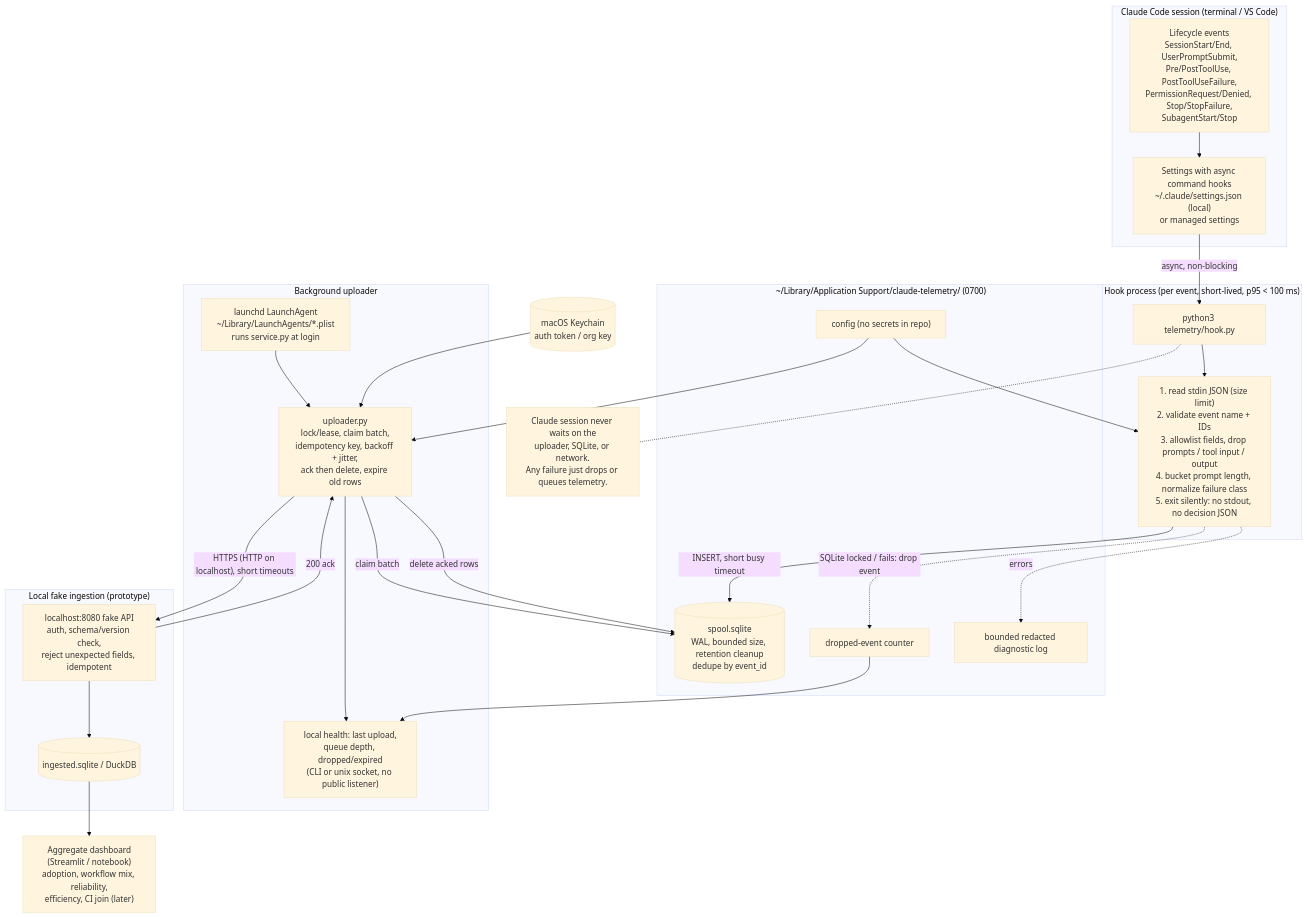
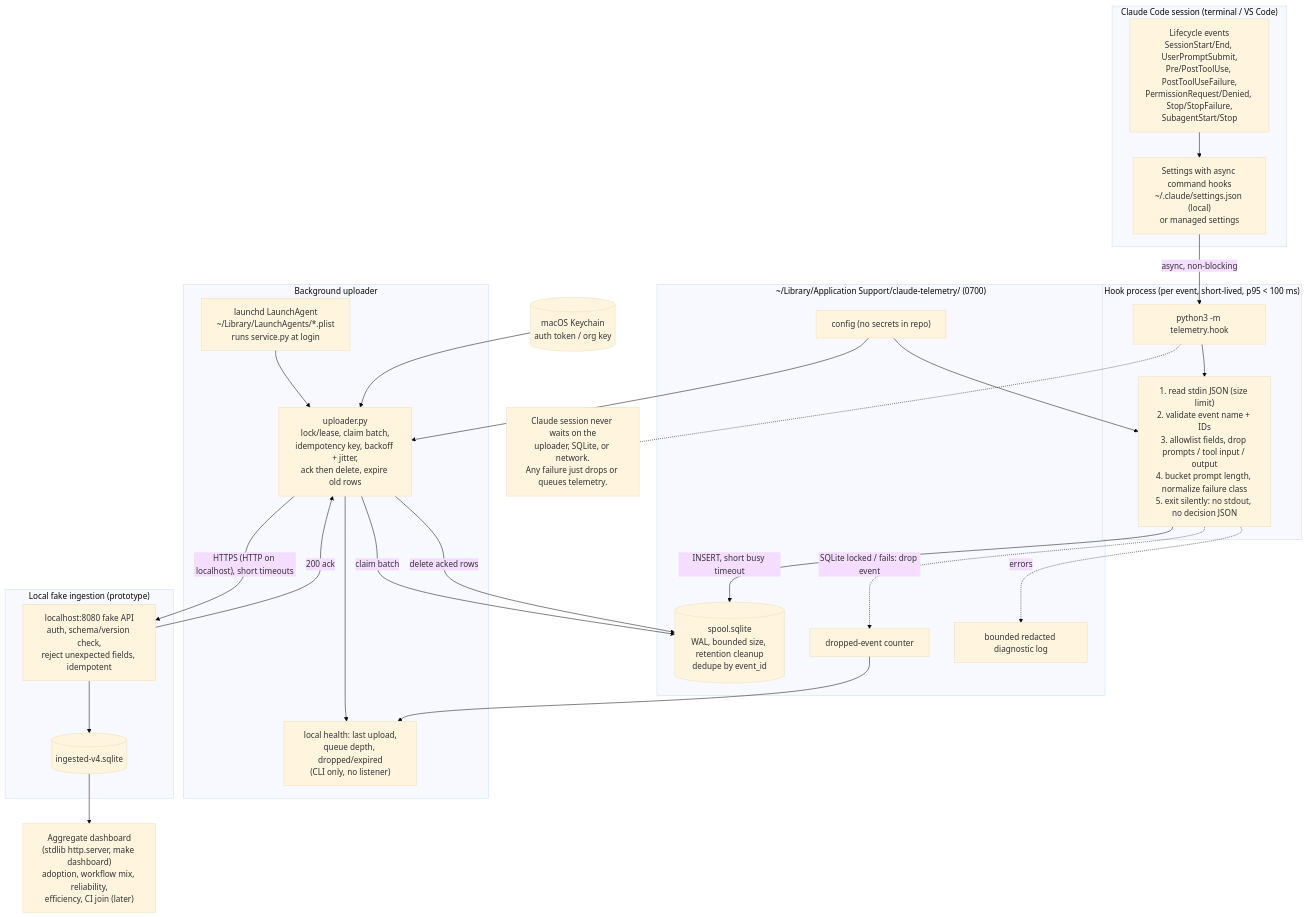
The first of 2 diagrams in local-architecture.md (ojones/gundam-ai), drawn with Mermaid (base theme) before and after one commit. The commit also changed other lines of this file and 17 other files, not shown here.

First line of the commit message:
Add local dashboard and skill-name telemetry

````diff
--- a/local-architecture.md
+++ b/local-architecture.md
@@ -3,54 +3,54 @@
 ```mermaid
 flowchart TB
     subgraph CC["Claude Code session (terminal / VS Code)"]
         EV["Lifecycle events<br/>SessionStart/End, UserPromptSubmit,<br/>Pre/PostToolUse, PostToolUseFailure,<br/>PermissionRequest/Denied, Stop/StopFailure,<br/>SubagentStart/Stop"]
         SET["Settings with async command hooks<br/>~/.claude/settings.json (local)<br/>or managed settings"]
     end
 
     subgraph HOOK["Hook process (per event, short-lived, p95 &lt; 100 ms)"]
-        H1["python3 telemetry/hook.py"]
+        H1["python3 -m telemetry.hook"]
         H2["1. read stdin JSON (size limit)<br/>2. validate event name + IDs<br/>3. allowlist fields, drop prompts / tool input / output<br/>4. bucket prompt length, normalize failure class<br/>5. exit silently: no stdout, no decision JSON"]
     end
 
     subgraph DATA["~/Library/Application Support/claude-telemetry/ (0700)"]
         DB[("spool.sqlite<br/>WAL, bounded size, retention cleanup<br/>dedupe by event_id")]
         DROP["dropped-event counter"]
         LOG["bounded redacted diagnostic log"]
         CFG["config (no secrets in repo)"]
     end
 
     subgraph SVC["Background uploader"]
         LA["launchd LaunchAgent<br/>~/Library/LaunchAgents/*.plist<br/>runs service.py at login"]
         UP["uploader.py<br/>lock/lease, claim batch,<br/>idempotency key, backoff + jitter,<br/>ack then delete, expire old rows"]
-        HEALTH["local health: last upload,<br/>queue depth, dropped/expired<br/>(CLI or unix socket, no public listener)"]
+        HEALTH["local health: last upload,<br/>queue depth, dropped/expired<br/>(CLI only, no listener)"]
     end
 
     KC[("macOS Keychain<br/>auth token / org key")]
 
     subgraph FAKE["Local fake ingestion (prototype)"]
         API["localhost:8080 fake API<br/>auth, schema/version check,<br/>reject unexpected fields, idempotent"]
-        STORE[("ingested.sqlite / DuckDB")]
+        STORE[("ingested-v4.sqlite")]
     end
 
-    DASH["Aggregate dashboard<br/>(Streamlit / notebook)<br/>adoption, workflow mix, reliability,<br/>efficiency, CI join (later)"]
+    DASH["Aggregate dashboard<br/>(stdlib http.server, make dashboard)<br/>adoption, workflow mix, reliability,<br/>efficiency, CI join (later)"]
 
     EV --> SET -->|"async, non-blocking"| H1 --> H2
     H2 -->|"INSERT, short busy timeout"| DB
     H2 -. "SQLite locked / fails: drop event" .-> DROP
     H2 -. "errors" .-> LOG
     CFG --> H2
     CFG --> UP
 
     LA --> UP
     UP -->|"claim batch"| DB
     KC --> UP
     UP -->|"HTTPS (HTTP on localhost), short timeouts"| API
     API -->|"200 ack"| UP
     UP -->|"delete acked rows"| DB
     UP --> HEALTH
     DROP --> HEALTH
     API --> STORE --> DASH
 
     NOTE["Claude session never waits on the<br/>uploader, SQLite, or network.<br/>Any failure just drops or queues telemetry."]
     H1 -.- NOTE
 ```
````
